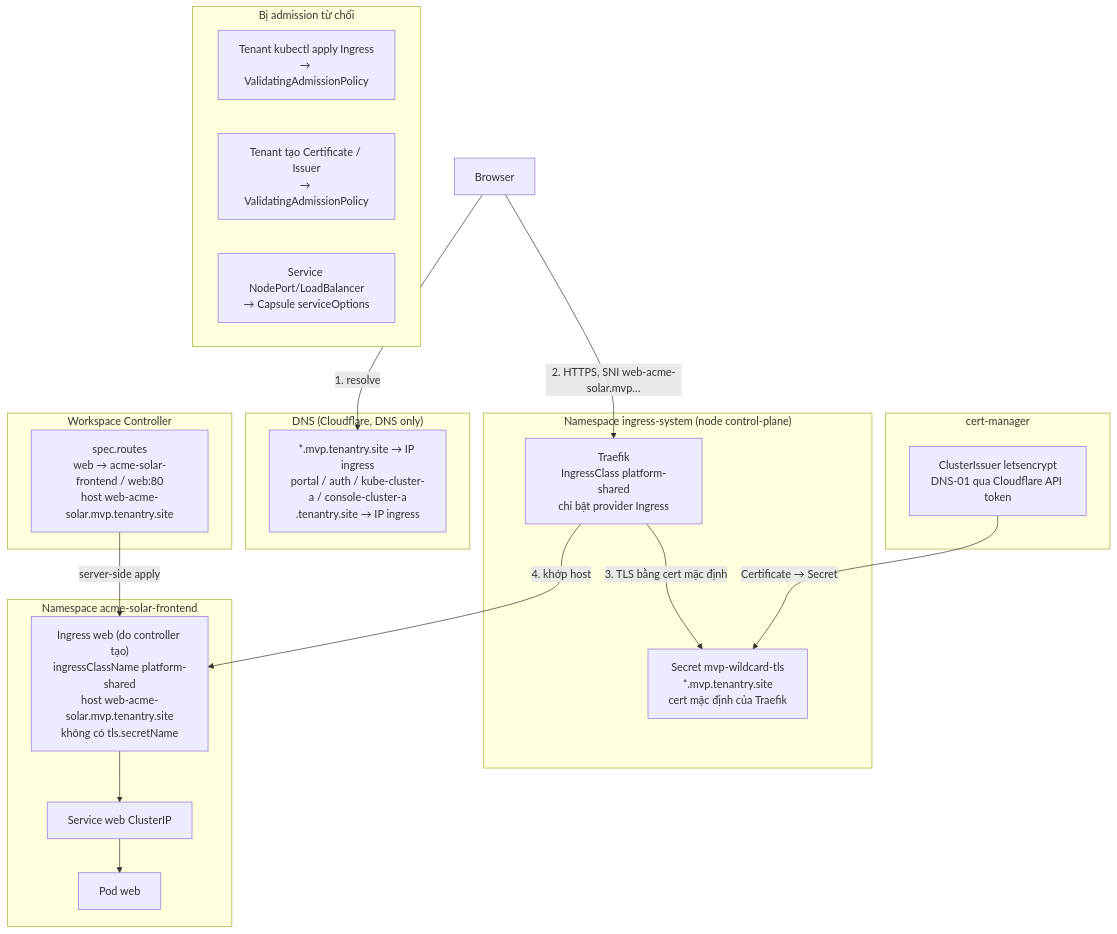
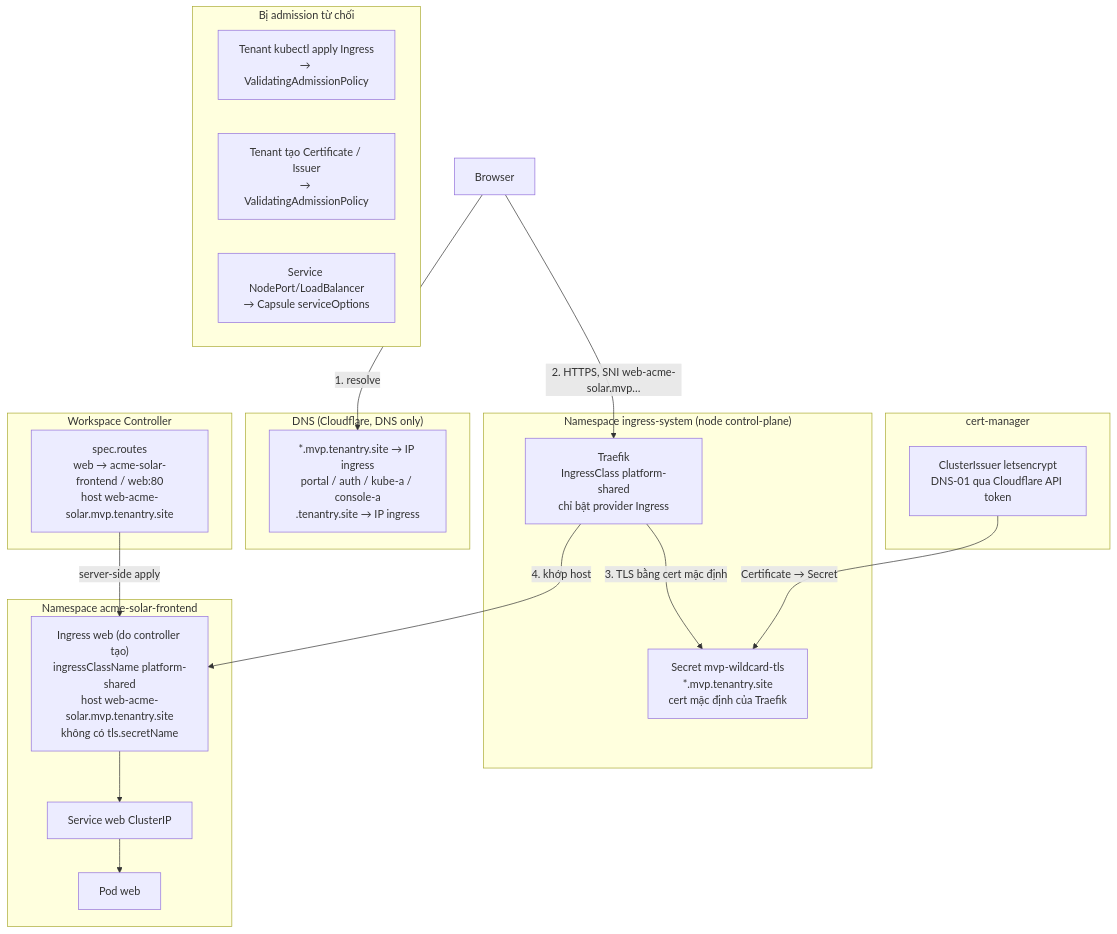
Before and after one commit to thaihoc1310/tenantry: the seventh of 9 diagrams in docs/architecture/05-network-and-scheduling.md, drawn with Mermaid. The commit also changed other lines of this file and 5 other files, not shown here.

Commit message:
docs: shorten the per-cluster hostnames to kube-a and console-a

````diff
--- a/docs/architecture/05-network-and-scheduling.md
+++ b/docs/architecture/05-network-and-scheduling.md
@@ -382,39 +382,39 @@
 ```mermaid
 flowchart TB
   subgraph DNSL["DNS (Cloudflare, DNS only)"]
-    D1["*.mvp.tenantry.site → IP ingress<br/>portal / auth / kube-cluster-a / console-cluster-a<br/>.tenantry.site → IP ingress"]
+    D1["*.mvp.tenantry.site → IP ingress<br/>portal / auth / kube-a / console-a<br/>.tenantry.site → IP ingress"]
   end
 
   subgraph EDGE["Namespace ingress-system (node control-plane)"]
     ING["Traefik<br/>IngressClass platform-shared<br/>chỉ bật provider Ingress"]
     WC["Secret mvp-wildcard-tls<br/>*.mvp.tenantry.site<br/>cert mặc định của Traefik"]
   end
 
   subgraph CMG["cert-manager"]
     CI["ClusterIssuer letsencrypt<br/>DNS-01 qua Cloudflare API token"]
   end
 
   subgraph CTRL["Workspace Controller"]
     RT["spec.routes<br/>web → acme-solar-frontend / web:80<br/>host web-acme-solar.mvp.tenantry.site"]
   end
 
   subgraph WS["Namespace acme-solar-frontend"]
     IR["Ingress web (do controller tạo)<br/>ingressClassName platform-shared<br/>host web-acme-solar.mvp.tenantry.site<br/>không có tls.secretName"]
     SVC["Service web ClusterIP"]
     POD["Pod web"]
   end
 
   U["Browser"] -->|"1. resolve"| D1
   U -->|"2. HTTPS, SNI web-acme-solar.mvp…"| ING
   ING -->|"3. TLS bằng cert mặc định"| WC
   ING -->|"4. khớp host"| IR
   IR --> SVC --> POD
   CI -->|"Certificate → Secret"| WC
   RT -->|"server-side apply"| IR
 
   subgraph REJ["Bị admission từ chối"]
     X1["Tenant kubectl apply Ingress<br/>→ ValidatingAdmissionPolicy"]
     X2["Tenant tạo Certificate / Issuer<br/>→ ValidatingAdmissionPolicy"]
     X3["Service NodePort/LoadBalancer<br/>→ Capsule serviceOptions"]
   end
 ```
````
